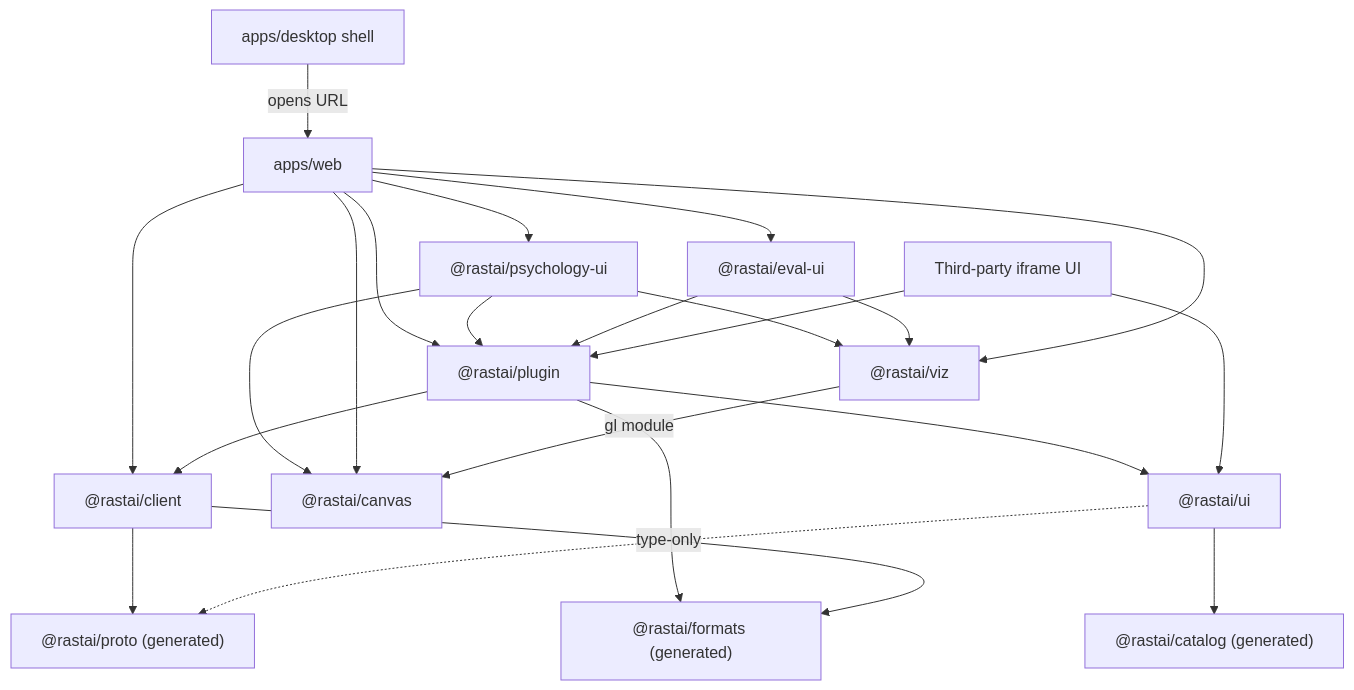
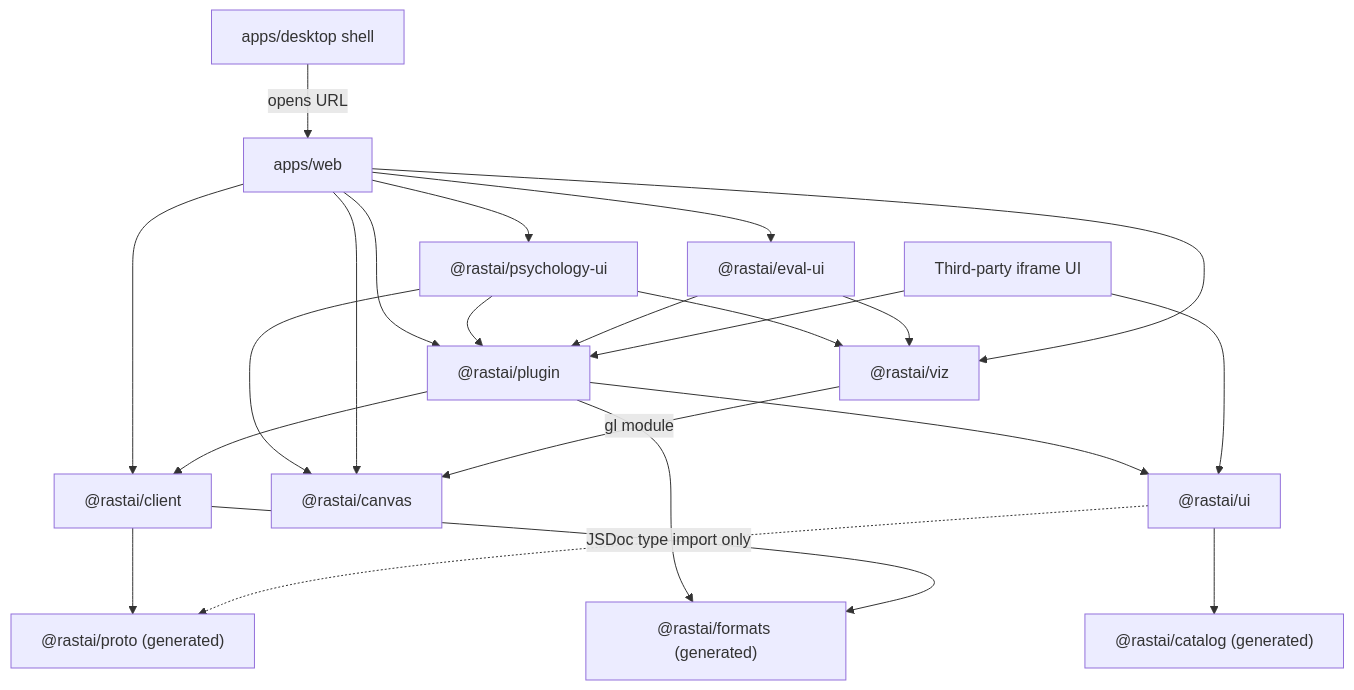
Before and after one commit to Snubiss/RASTAI-Research-Studio: the first of 11 diagrams in docs/architecture/layout/frontend-and-plugins.md, drawn with Mermaid. The commit also changed other lines of this file and 44 other files, not shown here.

````diff
--- a/docs/architecture/layout/frontend-and-plugins.md
+++ b/docs/architecture/layout/frontend-and-plugins.md
@@ -57,25 +67,25 @@
 ```mermaid
 flowchart TD
   DESK["apps/desktop shell"] -->|"opens URL"| WEB["apps/web"]
   WEB --> PSYUI["@rastai/psychology-ui"]
   WEB --> EVUI["@rastai/eval-ui"]
   WEB --> PLG["@rastai/plugin"]
   WEB --> CLIENT["@rastai/client"]
   PSYUI --> PLG
   EVUI --> PLG
   PSYUI --> CANVAS["@rastai/canvas"]
   PSYUI --> VIZ["@rastai/viz"]
   EVUI --> VIZ
   WEB --> CANVAS
   WEB --> VIZ
   VIZ -->|"gl module"| CANVAS
   PLG --> CLIENT
   PLG --> UI["@rastai/ui"]
   PLG --> FMT["@rastai/formats (generated)"]
   CLIENT --> PROTO["@rastai/proto (generated)"]
   CLIENT --> FMT
   UI --> CAT["@rastai/catalog (generated)"]
-  UI -.->|"type-only"| PROTO
+  UI -.->|"JSDoc type import only"| PROTO
   IFR["Third-party iframe UI"] --> PLG
   IFR --> UI
 ```
````
